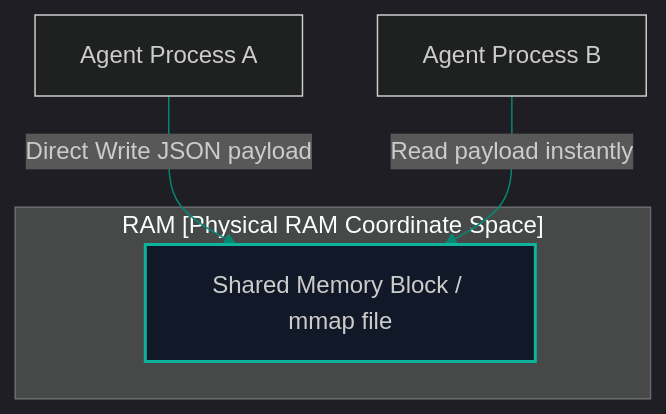
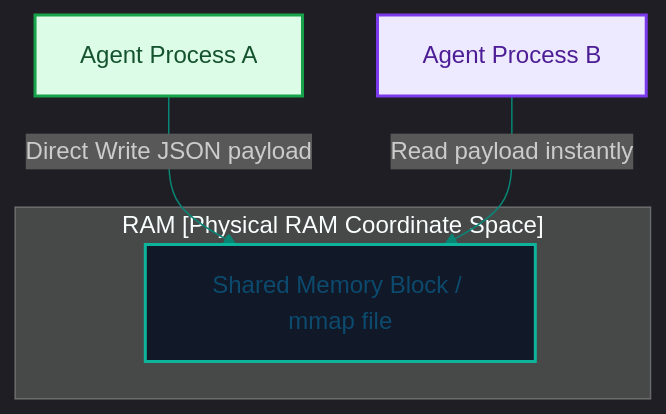
One commit to akmalkhaniub/akmalkhaniub.github.io changed the diagram in blog/posts/edge-agents-shared-memory-ipc-latency.md. Above: the diagram before and after it, drawn with Mermaid. The commit also changed other lines of this file and 1291 other files, not shown here.

First line of the commit message:
feat(catalog): unique covers, scholarly references, and diagram palettes

````diff
--- a/blog/posts/edge-agents-shared-memory-ipc-latency.md
+++ b/blog/posts/edge-agents-shared-memory-ipc-latency.md
@@ -16,12 +16,21 @@
 ```mermaid
 %%{init: {'theme': 'dark', 'themeVariables': { 'primaryColor': '#088574', 'primaryTextColor': '#f3f4f6', 'primaryBorderColor': '#0db49b', 'lineColor': '#088574', 'secondaryColor': '#111827', 'tertiaryColor': '#0b0f19'}}}%%
 flowchart TD
     subgraph SG1_RamPhysicalRam ["RAM [Physical RAM Coordinate Space]"]
-        SharedBlock[Shared Memory Block / mmap file]
+        SharedBlock["Shared Memory Block / mmap file"]
     end
 
-    AgentA[Agent Process A] -->|Direct Write JSON payload| SharedBlock
-    AgentB[Agent Process B] -->|Read payload instantly| SharedBlock
+    AgentA["Agent Process A"] -->|Direct Write JSON payload| SharedBlock
+    AgentB["Agent Process B"] -->|Read payload instantly| SharedBlock
     
     style SharedBlock fill:#111827,stroke:#0db49b,stroke-width:2px
+
+classDef green fill:#dcfce7,stroke:#16a34a,stroke-width:2px,color:#14532d;
+classDef red fill:#fee2e2,stroke:#dc2626,stroke-width:2px,color:#7f1d1d;
+classDef blue fill:#e0f2fe,stroke:#0284c7,stroke-width:2px,color:#0c4a6e;
+classDef yellow fill:#fef3c7,stroke:#d97706,stroke-width:2px,color:#78350f;
+classDef purple fill:#ede9fe,stroke:#7c3aed,stroke-width:2px,color:#4c1d95;
+class SharedBlock blue
+class AgentA green
+class AgentB purple
 ```
````
